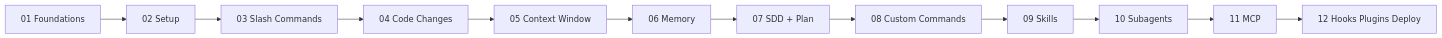
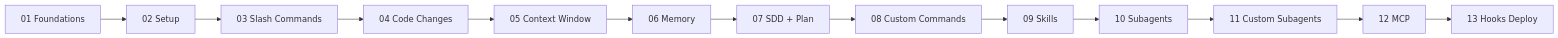
The diagram in AI-Engineering/Claude-Code/Claude-Code.md (lakshay-goyal/learning-phase), drawn with Mermaid before and after one commit. The commit also changed other lines of this file and 39 other files, not shown here.

````diff
--- a/AI-Engineering/Claude-Code/Claude-Code.md
+++ b/AI-Engineering/Claude-Code/Claude-Code.md
@@ -15,14 +15,15 @@
 ```mermaid
 flowchart LR
   A[01 Foundations] --> B[02 Setup]
   B --> C[03 Slash Commands]
   C --> D[04 Code Changes]
   D --> E[05 Context Window]
   E --> F[06 Memory]
   F --> G[07 SDD + Plan]
   G --> H[08 Custom Commands]
   H --> I[09 Skills]
   I --> J[10 Subagents]
-  J --> K[11 MCP]
-  K --> L[12 Hooks Plugins Deploy]
+  J --> K[11 Custom Subagents]
+  K --> L[12 MCP]
+  L --> M[13 Hooks Deploy]
 ```
````
